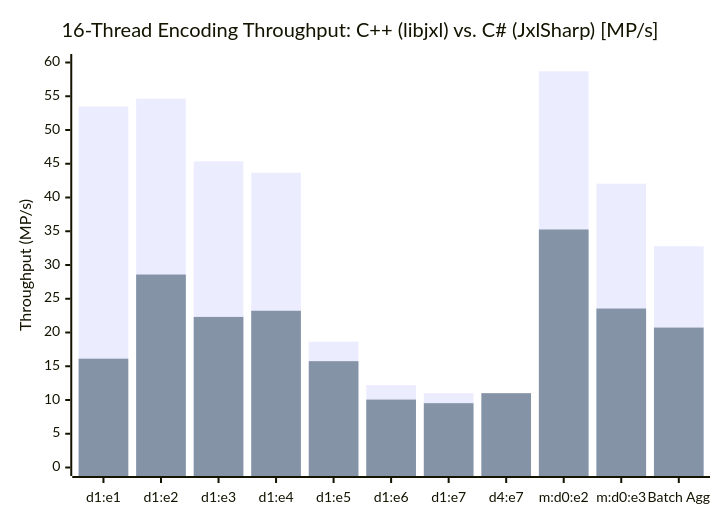
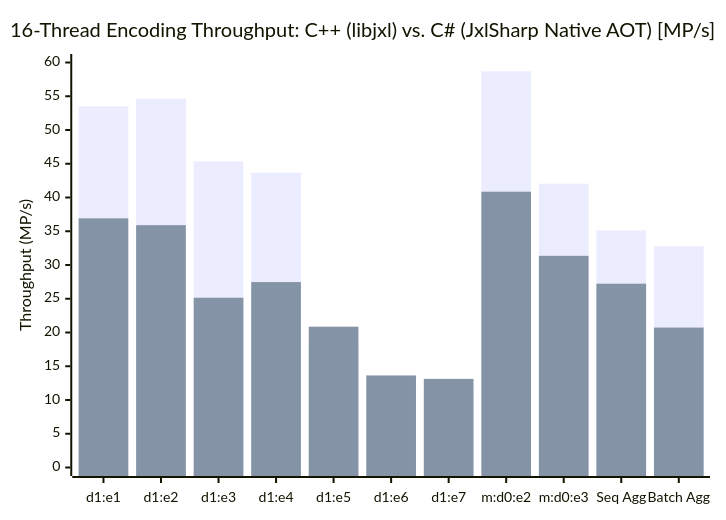
Before and after one commit to Hefaistos68/jxlsharp: the first of 2 diagrams in benchmark.md, drawn with Mermaid. The commit also changed other lines of this file and 41 other files, not shown here.

````diff
--- a/benchmark.md
+++ b/benchmark.md
@@ -172,8 +229,8 @@
 ```mermaid
 xychart-beta
-    title "16-Thread Encoding Throughput: C++ (libjxl) vs. C# (JxlSharp) [MP/s]"
-    x-axis ["d1:e1", "d1:e2", "d1:e3", "d1:e4", "d1:e5", "d1:e6", "d1:e7", "d4:e7", "m:d0:e2", "m:d0:e3", "Batch Agg"]
+    title "16-Thread Encoding Throughput: C++ (libjxl) vs. C# (JxlSharp Native AOT) [MP/s]"
+    x-axis ["d1:e1", "d1:e2", "d1:e3", "d1:e4", "d1:e5", "d1:e6", "d1:e7", "m:d0:e2", "m:d0:e3", "Seq Agg", "Batch Agg"]
     y-axis "Throughput (MP/s)" 0 --> 60
-    bar [53.49, 54.64, 45.35, 43.68, 18.64, 12.21, 11.01, 9.60, 58.70, 42.05, 32.78]
-    bar [16.12, 28.59, 22.31, 23.22, 15.75, 10.06, 9.53, 11.01, 35.26, 23.55, 20.73]
+    bar [53.49, 54.64, 45.35, 43.68, 18.64, 12.21, 11.01, 58.70, 42.05, 35.12, 32.78]
+    bar [36.91, 35.90, 25.15, 27.47, 20.86, 13.64, 13.13, 40.86, 31.36, 27.23, 20.73]
 ```
````
